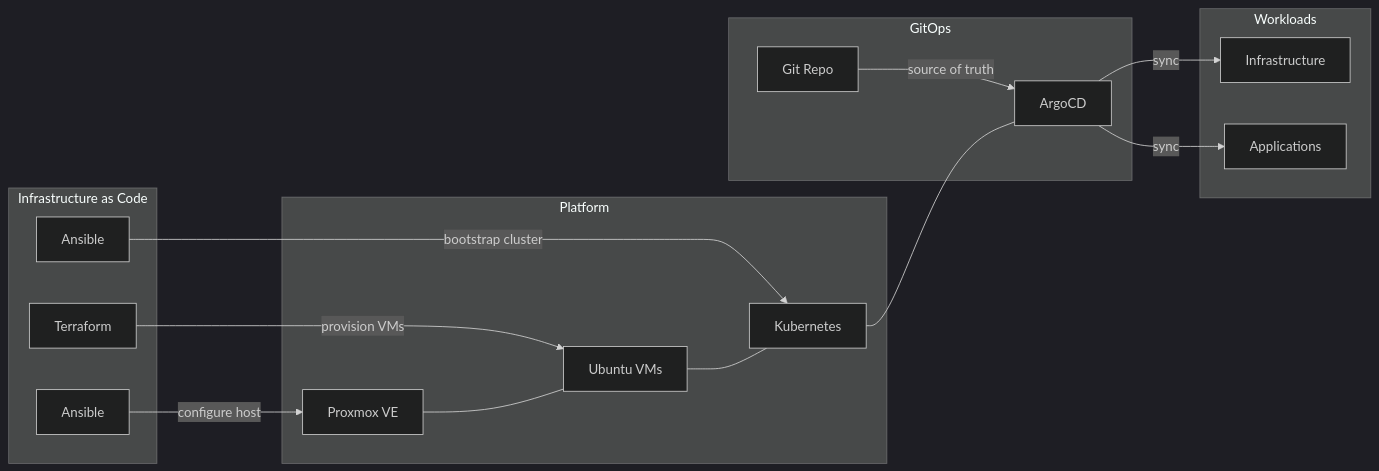
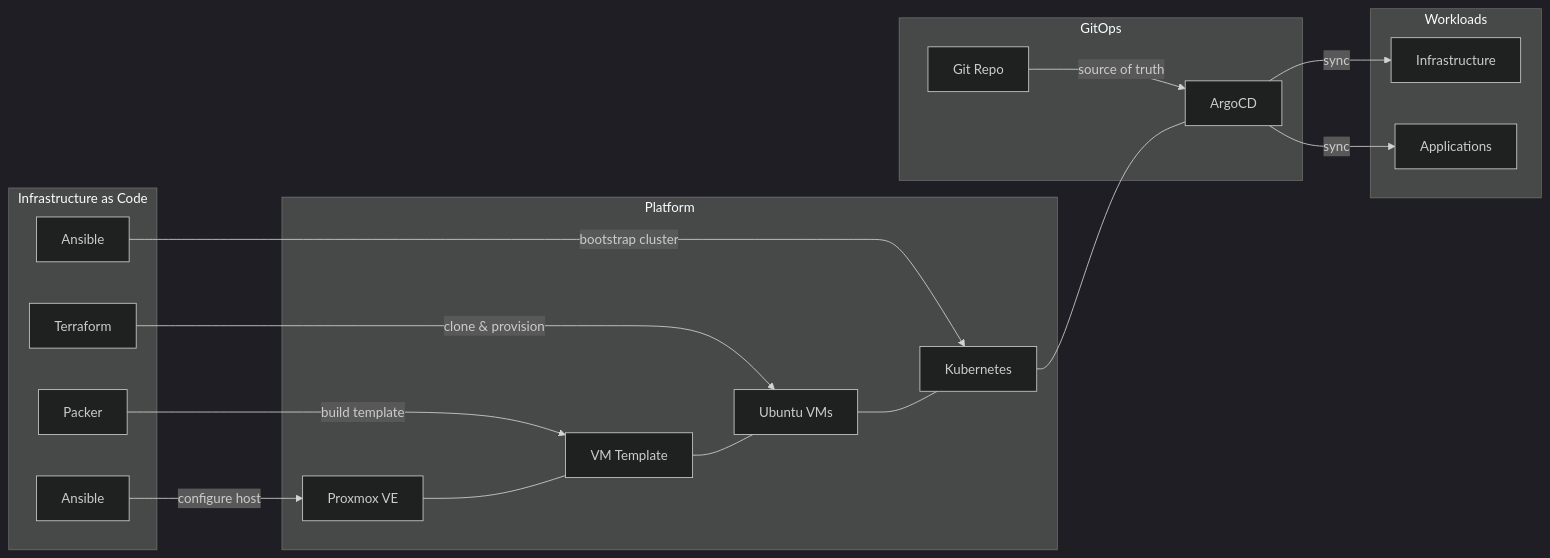
Before and after one commit to kyleseneker/homelab: the diagram in README.md, drawn with Mermaid (dark theme). The commit also changed other lines of this file and 25 other files, not shown here.

Commit message:
feat: add Packer template for K8s node VM builds

````diff
--- a/README.md
+++ b/README.md
@@ -19,34 +19,38 @@
 ```mermaid
 flowchart LR
     subgraph iac [Infrastructure as Code]
         Ansible1["Ansible"]
+        Packer["Packer"]
         Terraform["Terraform"]
         Ansible2["Ansible"]
     end
 
     subgraph platform [Platform]
         Proxmox["Proxmox VE"]
+        Template["VM Template"]
         VMs["Ubuntu VMs"]
         K8s["Kubernetes"]
     end
 
     subgraph gitops [GitOps]
         Git["Git Repo"]
         ArgoCD["ArgoCD"]
     end
 
     subgraph workloads [Workloads]
         Infra["Infrastructure"]
         Apps["Applications"]
     end
 
     Ansible1 -->|"configure host"| Proxmox
-    Terraform -->|"provision VMs"| VMs
-    Proxmox --- VMs
+    Packer -->|"build template"| Template
+    Proxmox --- Template
+    Terraform -->|"clone & provision"| VMs
+    Template --- VMs
     Ansible2 -->|"bootstrap cluster"| K8s
     VMs --- K8s
     Git -->|"source of truth"| ArgoCD
     ArgoCD -->|"sync"| Infra
     ArgoCD -->|"sync"| Apps
     K8s --- ArgoCD
 ```
````
